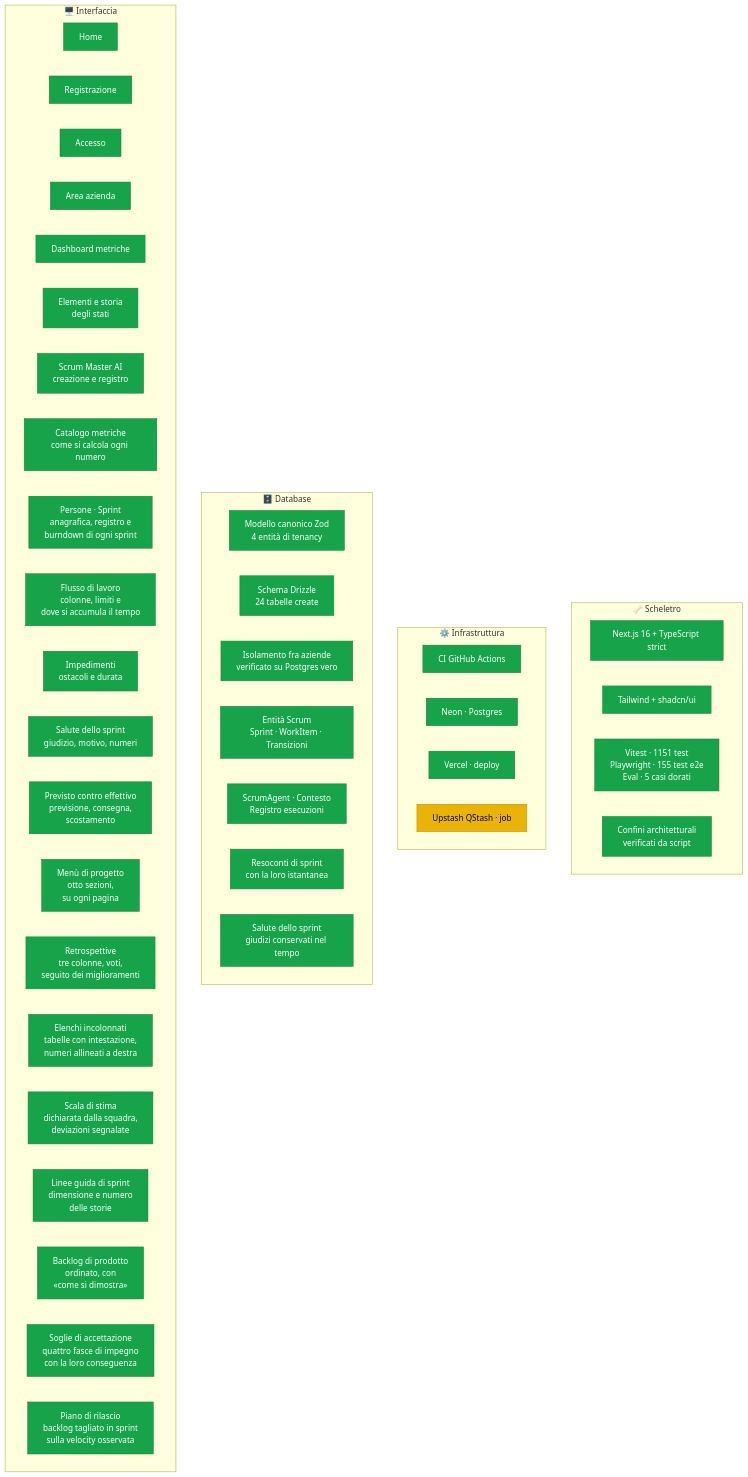
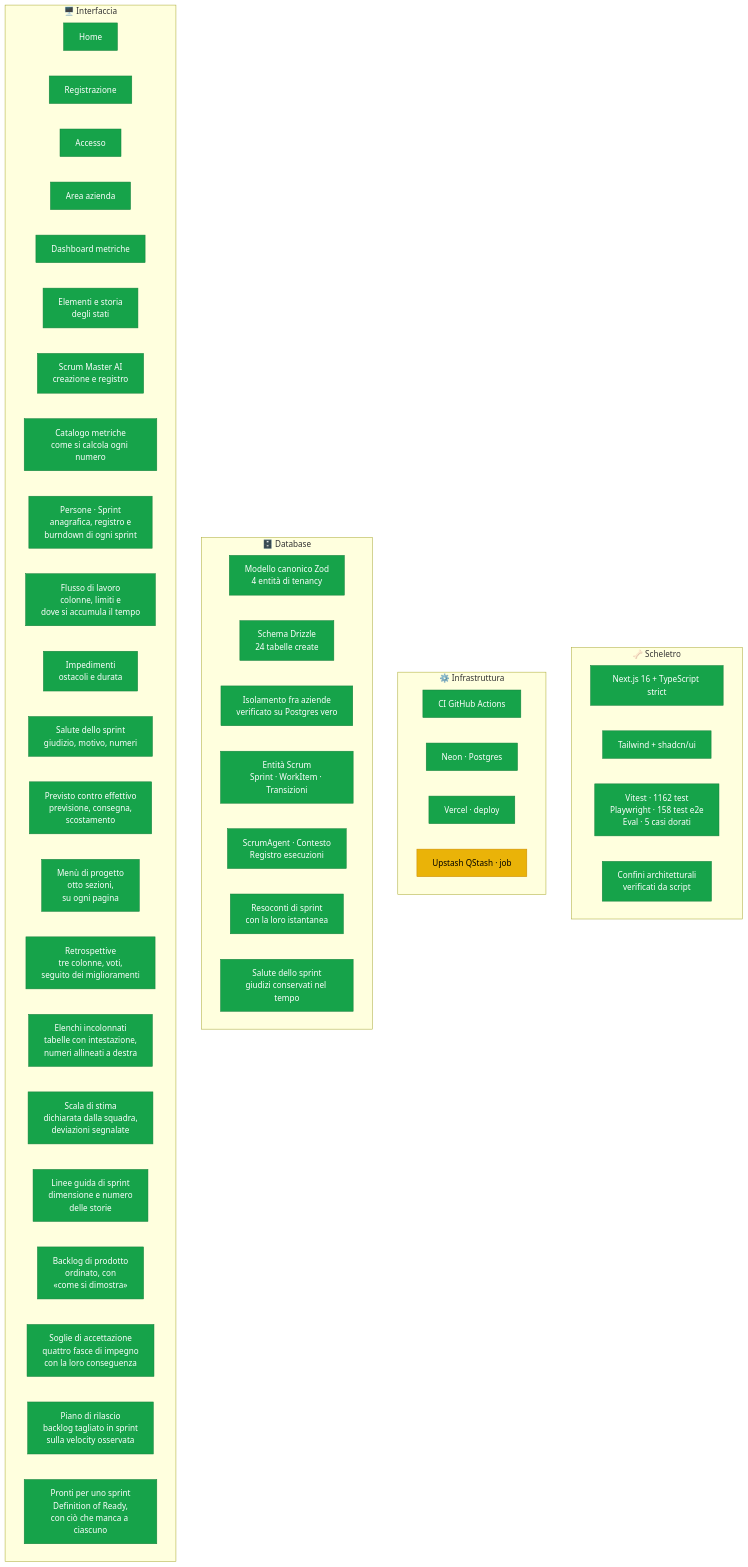
One commit to dibari62/scrum-master-ai changed the first of 3 diagrams in docs/stato-progetto.md. Above: the diagram before and after it, drawn with Mermaid. The commit also changed other lines of this file and 15 other files, not shown here.

First line of the commit message:
feat(metrics): la Definition of Ready, e la parte che il portale verifica

````diff
--- a/docs/stato-progetto.md
+++ b/docs/stato-progetto.md
@@ -16,60 +16,61 @@
 ```mermaid
 graph TB
     subgraph SCH["🦴 Scheletro"]
         S1["Next.js 16 + TypeScript strict"]
         S2["Tailwind + shadcn/ui"]
-        S3["Vitest · 1151 test<br/>Playwright · 155 test e2e<br/>Eval · 5 casi dorati"]
+        S3["Vitest · 1162 test<br/>Playwright · 158 test e2e<br/>Eval · 5 casi dorati"]
         S4["Confini architetturali<br/>verificati da script"]
     end
 
     subgraph INF["⚙️ Infrastruttura"]
         I1["CI GitHub Actions"]
         I2["Neon · Postgres"]
         I3["Vercel · deploy"]
         I4["Upstash QStash · job"]
     end
 
     subgraph DB["🗄️ Database"]
         D1["Modello canonico Zod<br/>4 entità di tenancy"]
         D2["Schema Drizzle<br/>24 tabelle create"]
         D3["Isolamento fra aziende<br/>verificato su Postgres vero"]
         D4["Entità Scrum<br/>Sprint · WorkItem · Transizioni"]
         D5["ScrumAgent · Contesto<br/>Registro esecuzioni"]
         D6["Resoconti di sprint<br/>con la loro istantanea"]
         D7["Salute dello sprint<br/>giudizi conservati nel tempo"]
     end
 
     subgraph UI["🖥️ Interfaccia"]
         U1["Home"]
         U2["Registrazione"]
         U3["Accesso"]
         U4["Area azienda"]
         U5["Dashboard metriche"]
         U7["Elementi e storia<br/>degli stati"]
         U6["Scrum Master AI<br/>creazione e registro"]
         U8["Catalogo metriche<br/>come si calcola ogni numero"]
         U9["Persone · Sprint<br/>anagrafica, registro e<br/>burndown di ogni sprint"]
         U10["Flusso di lavoro<br/>colonne, limiti e<br/>dove si accumula il tempo"]
         U11["Impedimenti<br/>ostacoli e durata"]
         U12["Salute dello sprint<br/>giudizio, motivo, numeri"]
         U13["Previsto contro effettivo<br/>previsione, consegna,<br/>scostamento"]
         U14["Menù di progetto<br/>otto sezioni,<br/>su ogni pagina"]
         U15["Retrospettive<br/>tre colonne, voti,<br/>seguito dei miglioramenti"]
         U16["Elenchi incolonnati<br/>tabelle con intestazione,<br/>numeri allineati a destra"]
         U17["Scala di stima<br/>dichiarata dalla squadra,<br/>deviazioni segnalate"]
         U18["Linee guida di sprint<br/>dimensione e numero<br/>delle storie"]
         U19["Backlog di prodotto<br/>ordinato, con<br/>«come si dimostra»"]
         U20["Soglie di accettazione<br/>quattro fasce di impegno<br/>con la loro conseguenza"]
         U21["Piano di rilascio<br/>backlog tagliato in sprint<br/>sulla velocity osservata"]
+        U22["Pronti per uno sprint<br/>Definition of Ready,<br/>con ciò che manca a ciascuno"]
     end
 
     classDef fatto fill:#16a34a,stroke:#15803d,color:#fff
     classDef corso fill:#eab308,stroke:#ca8a04,color:#000
     classDef todo fill:#e5e7eb,stroke:#9ca3af,color:#6b7280
 
     class S1,S2,S3,S4 fatto
     class I1,I2,I3 fatto
     class I4 corso
     class D1,D2,D3,D4,D5,D6,D7 fatto
-    class U1,U2,U3,U4,U5,U6,U7,U8,U9,U10,U11,U12,U13,U14,U15,U16,U17,U18,U19,U20,U21 fatto
+    class U1,U2,U3,U4,U5,U6,U7,U8,U9,U10,U11,U12,U13,U14,U15,U16,U17,U18,U19,U20,U21,U22 fatto
 ```
````
